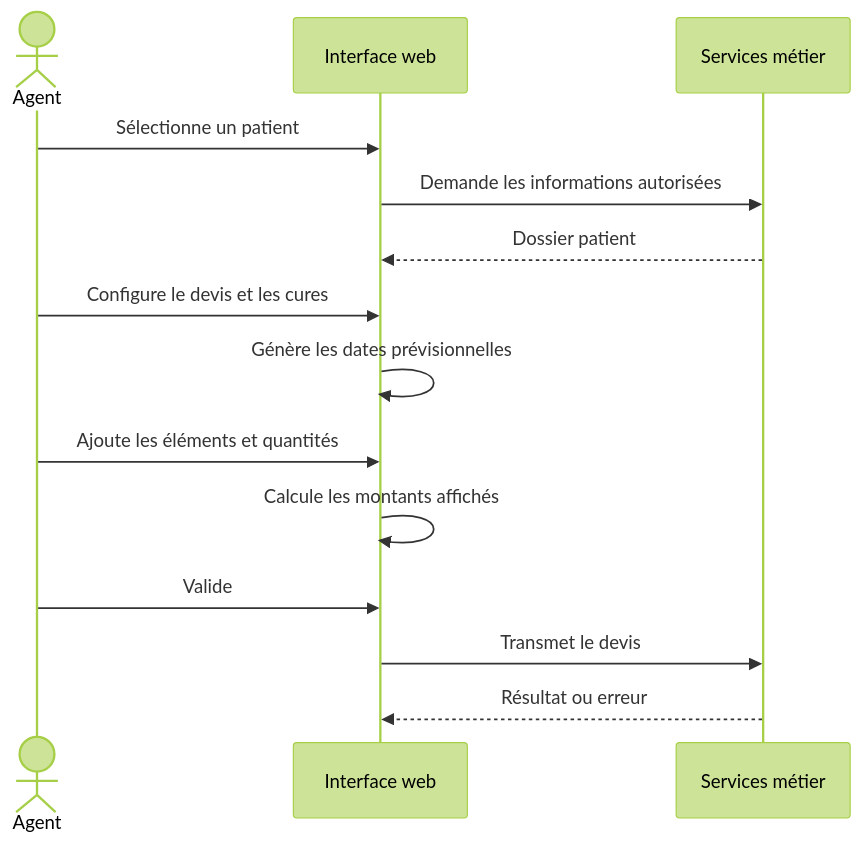
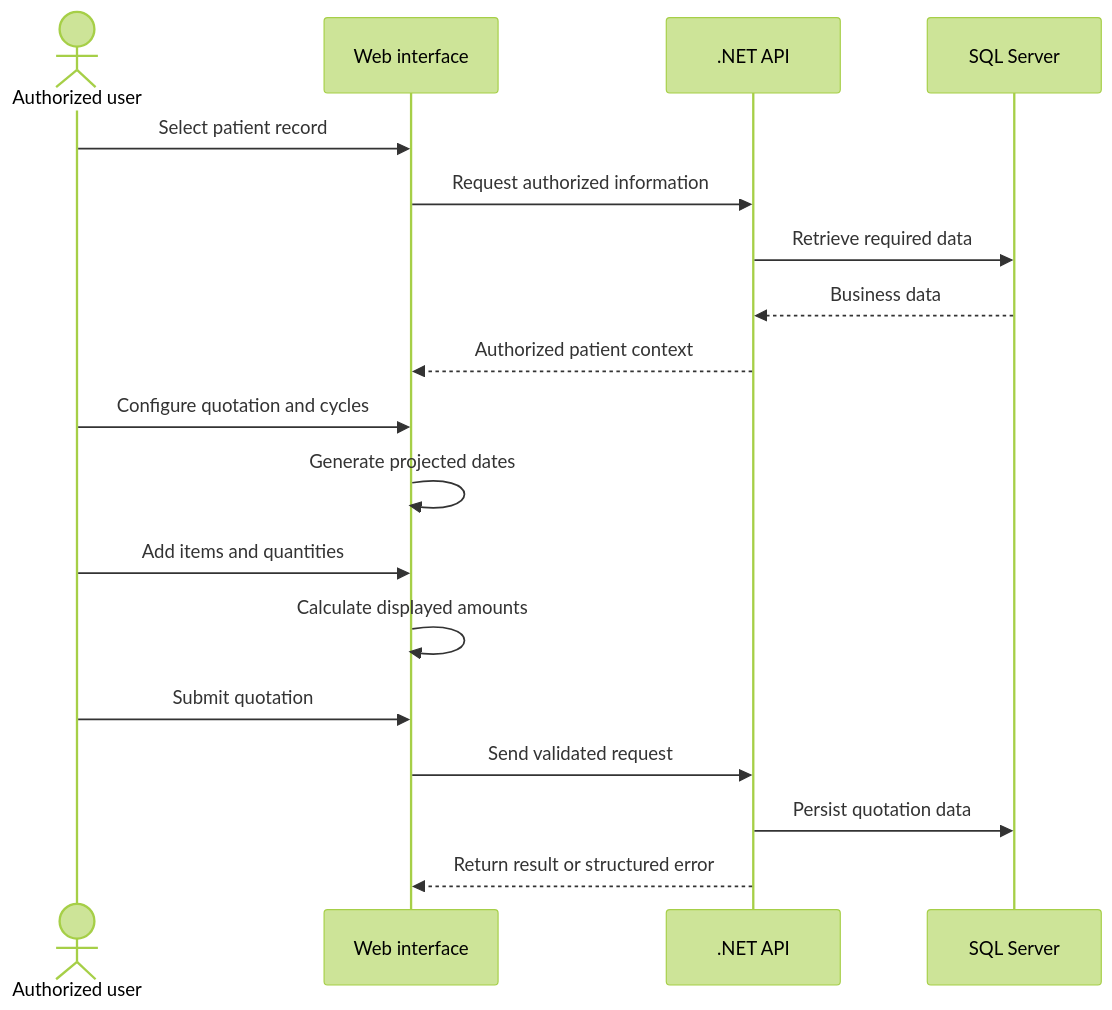
The fourth of 5 diagrams in docs/architecture.md (KhaledZouari/pfe-clinisys-devis-cures), drawn with Mermaid (forest theme) before and after one commit. The commit also changed other lines of this file and 6 other files, not shown here.

````diff
--- a/docs/architecture.md
+++ b/docs/architecture.md
@@ -62,17 +78,21 @@
 ```mermaid
 sequenceDiagram
-    actor Agent
-    participant UI as Interface web
-    participant API as Services métier
+    actor User as Authorized user
+    participant UI as Web interface
+    participant API as .NET API
+    participant DB as SQL Server
 
-    Agent->>UI: Sélectionne un patient
-    UI->>API: Demande les informations autorisées
-    API-->>UI: Dossier patient
-    Agent->>UI: Configure le devis et les cures
-    UI->>UI: Génère les dates prévisionnelles
-    Agent->>UI: Ajoute les éléments et quantités
-    UI->>UI: Calcule les montants affichés
-    Agent->>UI: Valide
-    UI->>API: Transmet le devis
-    API-->>UI: Résultat ou erreur
+    User->>UI: Select patient record
+    UI->>API: Request authorized information
+    API->>DB: Retrieve required data
+    DB-->>API: Business data
+    API-->>UI: Authorized patient context
+    User->>UI: Configure quotation and cycles
+    UI->>UI: Generate projected dates
+    User->>UI: Add items and quantities
+    UI->>UI: Calculate displayed amounts
+    User->>UI: Submit quotation
+    UI->>API: Send validated request
+    API->>DB: Persist quotation data
+    API-->>UI: Return result or structured error
 ```
````
